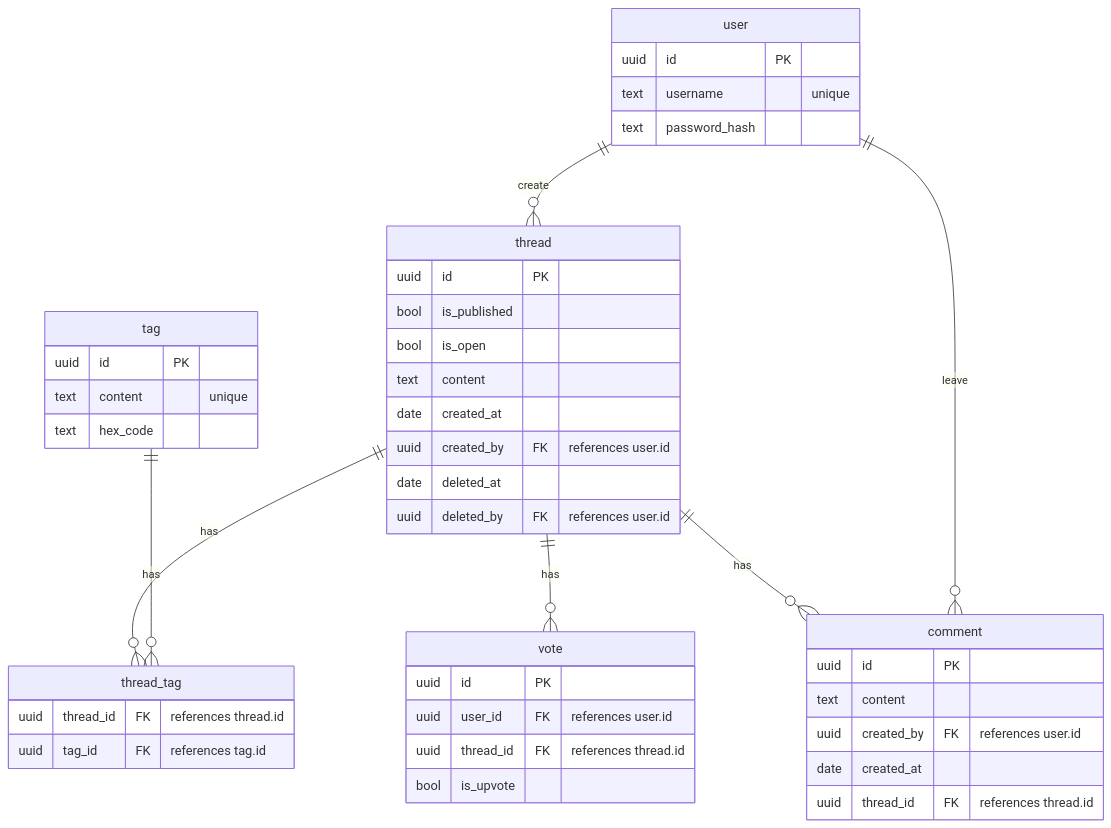
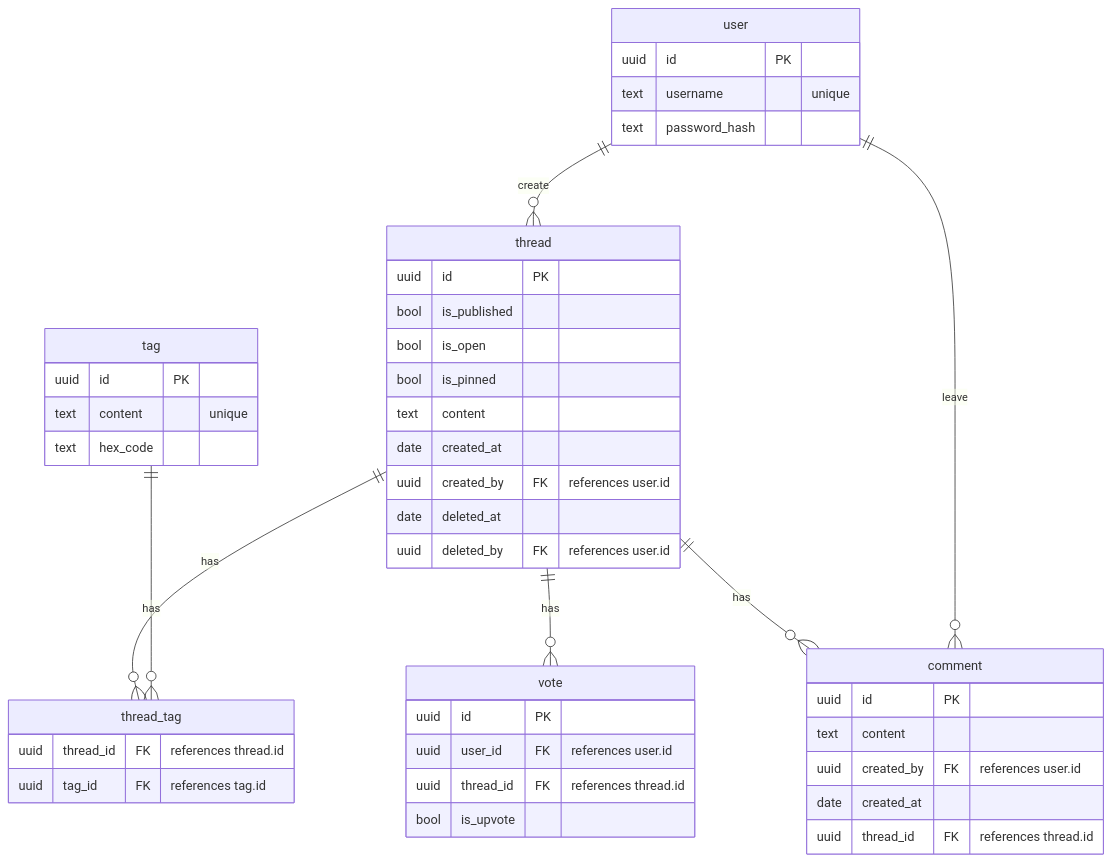
The diagram in hermes-backend/docs/database.md (woojiahao/hermes), drawn with Mermaid before and after one commit. The commit also changed 14 other files, not shown here.

````diff
--- a/hermes-backend/docs/database.md
+++ b/hermes-backend/docs/database.md
@@ -3,47 +3,48 @@
 ```mermaid
 erDiagram
   user {
     uuid id PK
     text username "unique"
     text password_hash
   }
   thread {
     uuid id PK
     bool is_published
     bool is_open
+    bool is_pinned
     text content
     date created_at
     uuid created_by FK "references user.id"
     date deleted_at
     uuid deleted_by FK "references user.id"
   }
   thread_tag {
     uuid thread_id FK "references thread.id"
     uuid tag_id FK "references tag.id"
   }
   tag {
     uuid id PK
     text content "unique"
     text hex_code
   }
   vote {
     uuid id PK
     uuid user_id FK "references user.id"
     uuid thread_id FK "references thread.id"
     bool is_upvote
   }
   comment {
     uuid id PK
     text content
     uuid created_by FK "references user.id"
     date created_at
     uuid thread_id FK "references thread.id"
   }
 
   thread ||--o{ thread_tag : has
   tag ||--o{ thread_tag : has
   thread ||--o{ vote : has
   user ||--o{ thread : create
   thread ||--o{ comment : has
   user ||--o{ comment : leave
 ```
````
